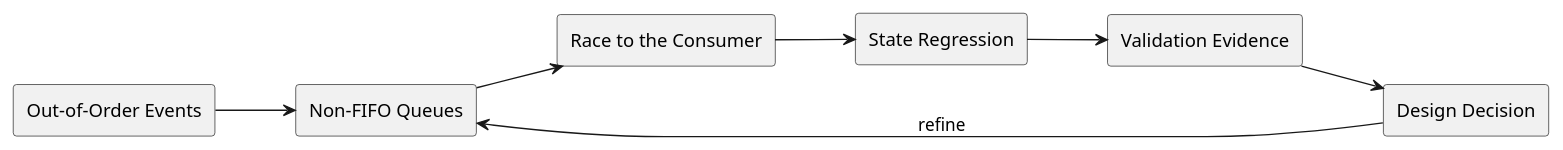
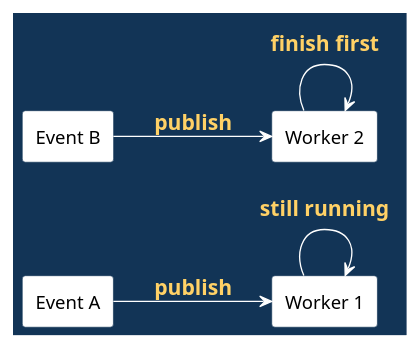
The second of 8 diagrams in doc/lectures/week10/event_ordering/README.slides.adoc (madajaju/CS5254), drawn with PlantUML before and after one commit. The commit also changed other lines of this file and 4 other files, not shown here.

```diff
--- a/doc/lectures/week10/event_ordering/README.slides.adoc
+++ b/doc/lectures/week10/event_ordering/README.slides.adoc
@@ -55,22 +87,62 @@
-[plantuml, target=architecture, format=svg, width=80%]
+[plantuml, target=race_consumer, format=svg, width=100%]
 ----
 @startuml
-skinparam monochrome true
+skinparam BackgroundColor #123456
+skinparam DefaultFontColor black
+skinparam ArrowColor white
+skinparam ArrowFontColor #ffd166
+skinparam ArrowFontStyle bold
+skinparam ArrowFontSize 16
+skinparam ActorBorderColor #123456
+skinparam ActorFontColor white
+skinparam participant {
+  BackgroundColor white
+  BorderColor #123456
+  FontColor black
+}
+skinparam sequence {
+  LifeLineBorderColor white
+  LifeLineBackgroundColor white
+  ParticipantBorderColor #123456
+  ParticipantBackgroundColor white
+  ParticipantFontColor black
+}
+skinparam rectangle {
+  BackgroundColor white
+  BorderColor #123456
+  FontColor black
+}
+skinparam database {
+  BackgroundColor white
+  BorderColor #123456
+  FontColor black
+}
+skinparam state {
+  BackgroundColor white
+  BorderColor #123456
+  FontColor black
+}
+skinparam activity {
+  BackgroundColor white
+  BorderColor #123456
+  FontColor black
+}
+skinparam note {
+  BackgroundColor white
+  BorderColor #123456
+  FontColor black
+}
 skinparam shadowing false
 left to right direction
 
-rectangle "Out-of-Order Events" as Topic
-rectangle "Non-FIFO Queues" as A
-rectangle "Race to the Consumer" as B
-rectangle "State Regression" as C
-rectangle "Validation Evidence" as V
-rectangle "Design Decision" as D
+rectangle "Event A" as A
+rectangle "Event B" as B
+rectangle "Worker 1" as W1
+rectangle "Worker 2" as W2
 
-Topic --> A
-A --> B
-B --> C
-C --> V
-V --> D
-D --> A : refine
+A --> W1 : publish
+B --> W2 : publish
+W2 --> W2 : finish first
+W1 --> W1 : still running
 @enduml
 ----
```
